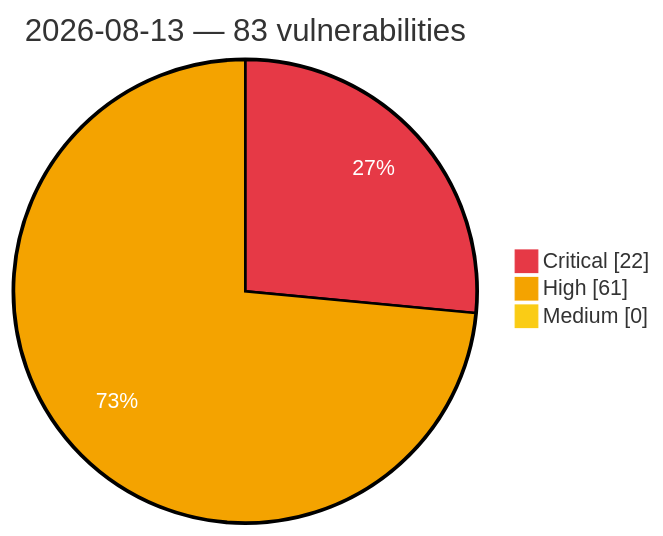
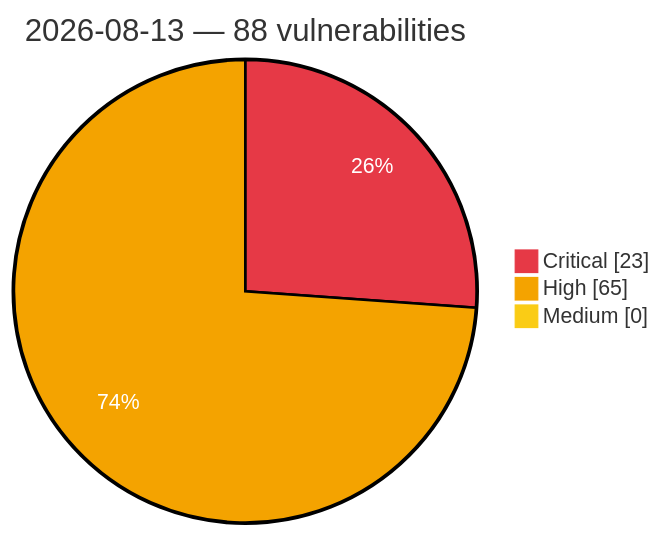
One commit to GhostX0X/vuln-tracker changed the diagram in vulnerabilities/2026/August/2026-08-13.md. Above: the diagram before and after it, drawn with Mermaid. The commit also changed other lines of this file and 5 other files, not shown here.

Commit message:
Auto update: critical/high vulns (2026-08-13 18:38 UTC)

````diff
--- a/vulnerabilities/2026/August/2026-08-13.md
+++ b/vulnerabilities/2026/August/2026-08-13.md
@@ -3,8 +3,8 @@
 ```mermaid
 %%{init: {'theme':'base', 'themeVariables': {'pie1':'#e63946', 'pie2':'#f4a300', 'pie3':'#facc15', 'pieOpacity':'1', 'pieOuterStrokeWidth':'2px', 'pieSectionTextColor':'#ffffff'}}}%%
 pie showData
-    title 2026-08-13 — 83 vulnerabilities
-    "Critical" : 22
-    "High" : 61
+    title 2026-08-13 — 88 vulnerabilities
+    "Critical" : 23
+    "High" : 65
     "Medium" : 0
 ```
````
